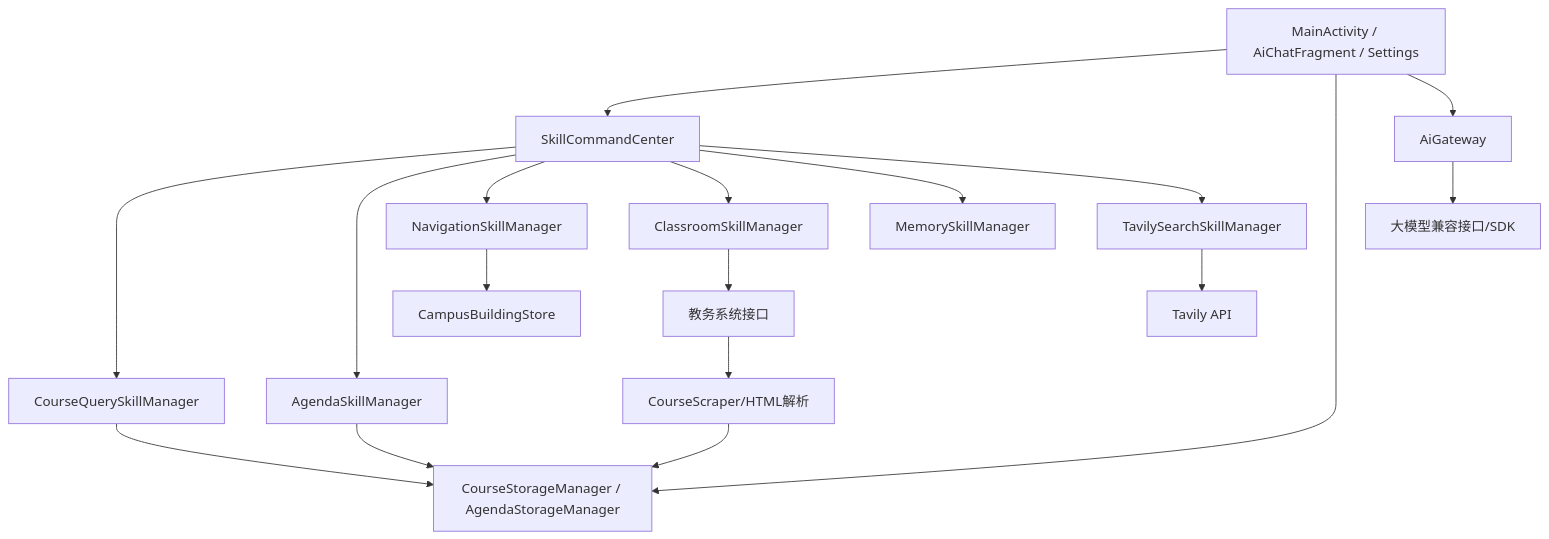
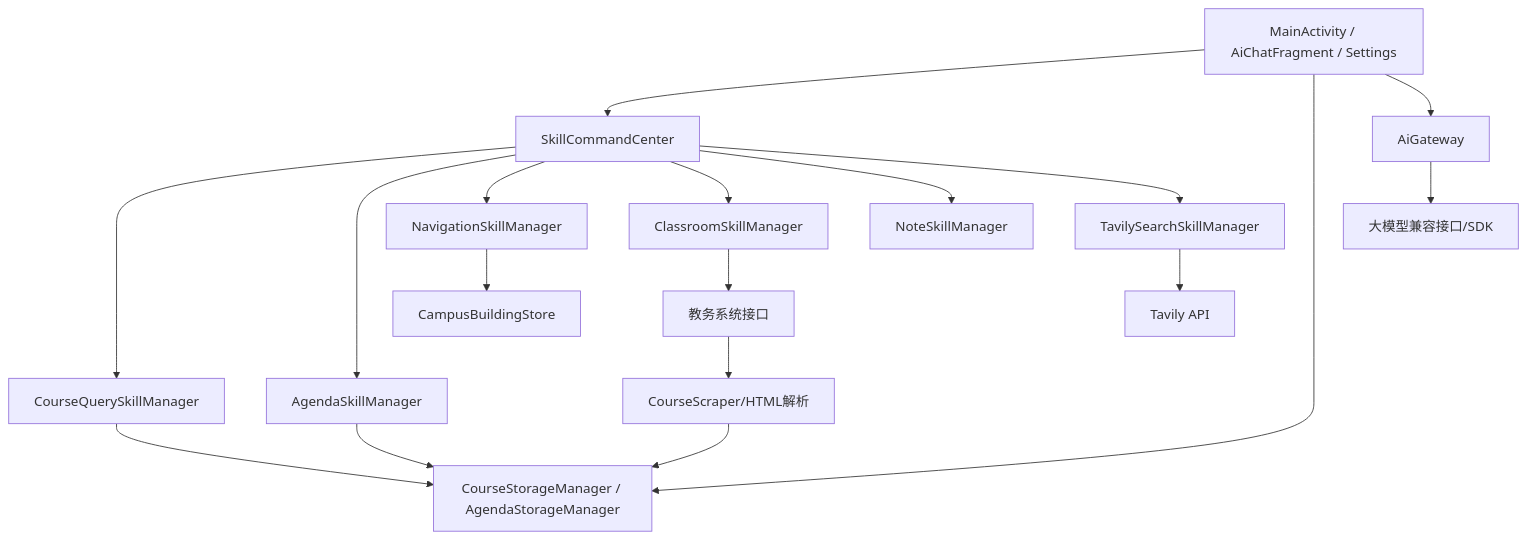
The first of 3 diagrams in docs/DEVELOPMENT_DOCUMENT.md (Kokomi-BC/HUTCourse), drawn with Mermaid before and after one commit. The commit also changed other lines of this file, not shown here.

````diff
--- a/docs/DEVELOPMENT_DOCUMENT.md
+++ b/docs/DEVELOPMENT_DOCUMENT.md
@@ -86,23 +86,23 @@
 ```mermaid
 flowchart TD
     UI[MainActivity / AiChatFragment / Settings] --> CC[SkillCommandCenter]
     UI --> DATA[CourseStorageManager / AgendaStorageManager]
     UI --> AI[AiGateway]
 
     CC --> SK1[CourseQuerySkillManager]
     CC --> SK2[AgendaSkillManager]
     CC --> SK3[NavigationSkillManager]
     CC --> SK4[ClassroomSkillManager]
-    CC --> SK5[MemorySkillManager]
+    CC --> SK5[NoteSkillManager]
     CC --> SK6[TavilySearchSkillManager]
 
     SK1 --> DATA
     SK2 --> DATA
     SK3 --> GEO[CampusBuildingStore]
     SK4 --> JWXT[教务系统接口]
     SK6 --> TAVILY[Tavily API]
 
     AI --> LLM[大模型兼容接口/SDK]
     JWXT --> SCRAPER[CourseScraper/HTML解析]
     SCRAPER --> DATA
 ```
````
